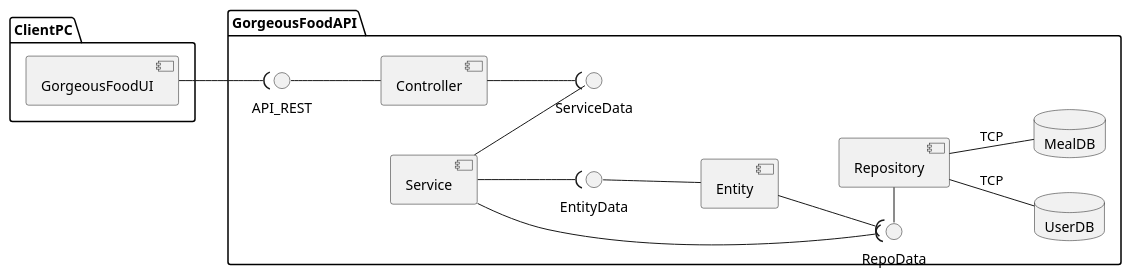
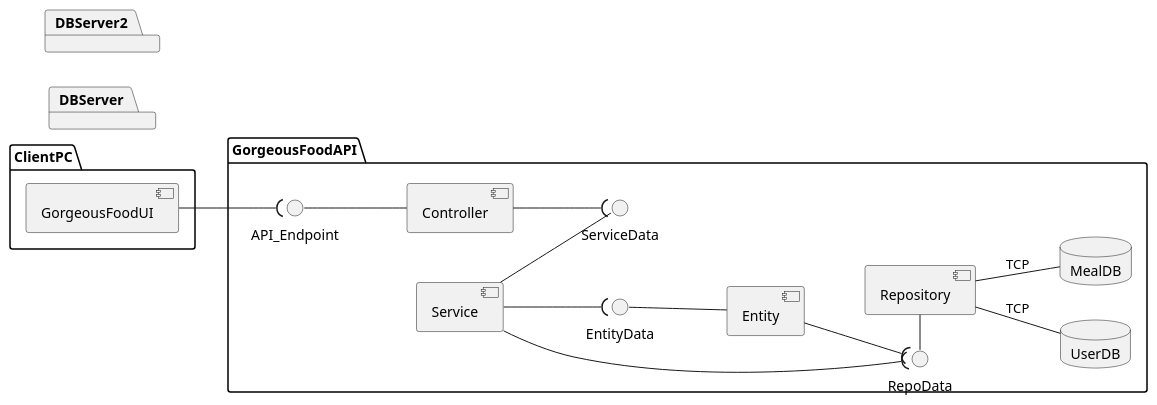
Before and after one commit to PeFerreira98/ARQSOFT_2019: the diagram in P1/ADD/APILayersDiagram.puml, drawn with PlantUML. The commit also changed 6 other files, not shown here.

Commit message:
model, deploy, api diagram improve

```diff
--- a/P1/ADD/APILayersDiagram.puml
+++ b/P1/ADD/APILayersDiagram.puml
@@ -1,30 +1,32 @@
-@startuml
-
+@startuml APILayersDiagram
 left to right direction
 
 package "GorgeousFoodAPI"{
-    [Controller] -up- API_REST
+    [Controller] -up- API_Endpoint
     [Service] -- ServiceData
     [Entity] -up- EntityData
     [Repository] -left- RepoData
-    
+
     Service --(RepoData
     Controller --(ServiceData
     Service --(EntityData
     Entity --(RepoData
-    
+
     Repository --UserDB :TCP
     Repository --MealDB :TCP
 }
 
 package "ClientPC"{
-    [GorgeousFoodUI] --(API_REST
+    [GorgeousFoodUI] --(API_Endpoint
 }
 
-database "UserDB"{
+package "DBServer"{
+    database "UserDB"{
+    }
 }
-
-database "MealDB"{
+package "DBServer2"{
+    database "MealDB"{
+    }
 }
 
 @enduml
```
